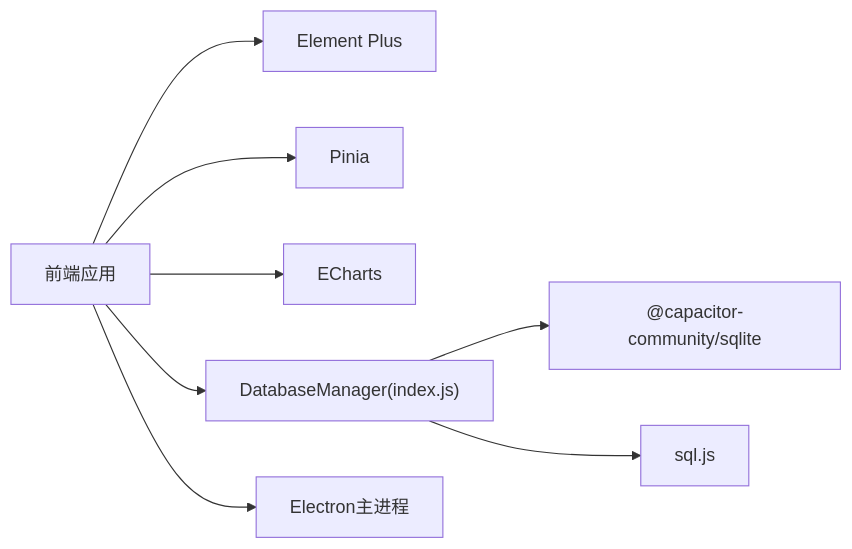
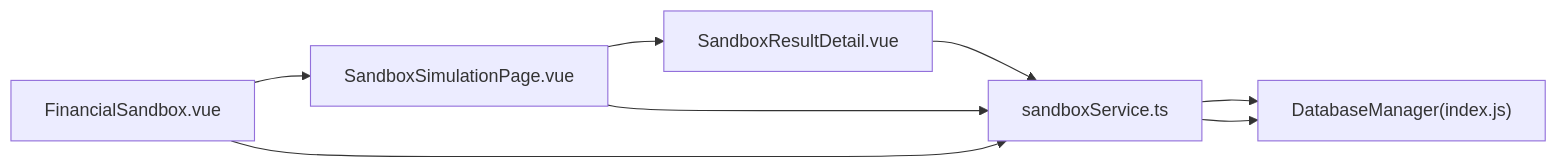
Before and after one commit to xiao-lin-unit/yuan: the third of 3 diagrams in .qoder/repowiki/zh/content/财务分析/财务沙盘.md, drawn with Mermaid. The commit also changed other lines of this file and 24 other files, not shown here.

````diff
--- a/.qoder/repowiki/zh/content/财务分析/财务沙盘.md
+++ b/.qoder/repowiki/zh/content/财务分析/财务沙盘.md
@@ -293,10 +422,10 @@
 ```mermaid
 graph LR
-FE["前端应用"] --> UI["Element Plus"]
-FE --> State["Pinia"]
-FE --> Chart["ECharts"]
-FE --> DB["DatabaseManager(index.js)"]
-DB --> Native["@capacitor-community/sqlite"]
-DB --> JS["sql.js"]
-FE --> Electron["Electron主进程"]
+FS["FinancialSandbox.vue"] --> SP["SandboxSimulationPage.vue"]
+SP --> SR["SandboxResultDetail.vue"]
+SR --> SS["sandboxService.ts"]
+SS --> DB["DatabaseManager(index.js)"]
+FS --> SS
+SP --> SS
+SS --> DB
 ```
````
